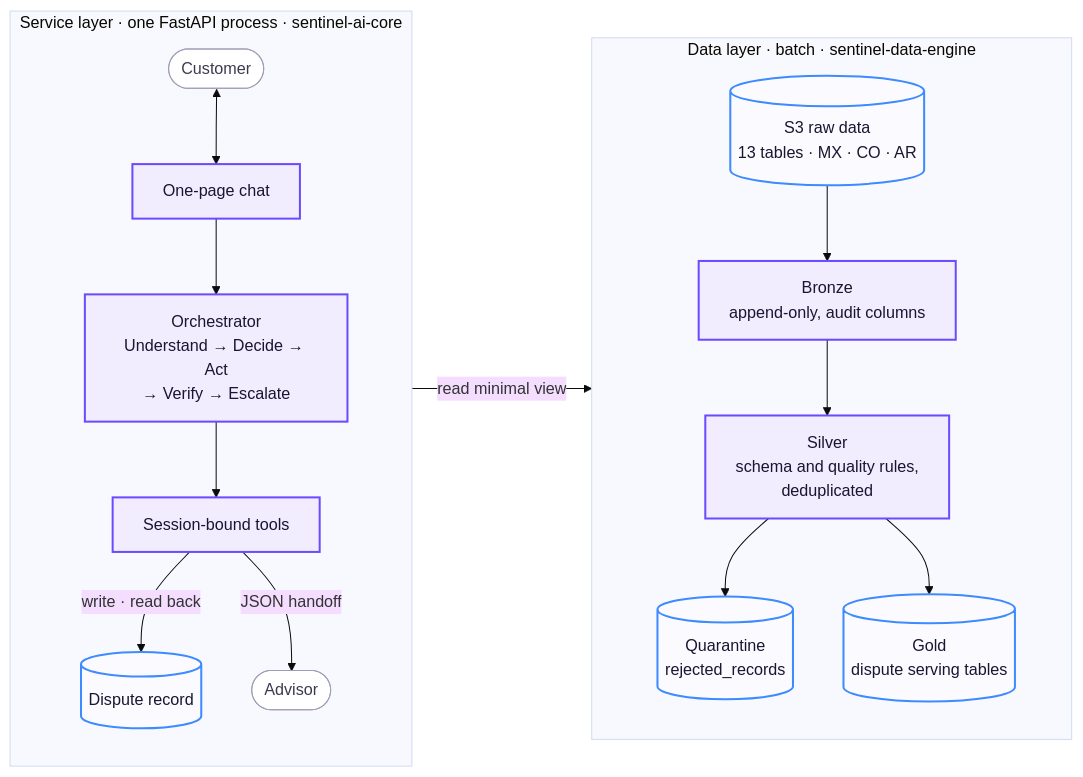
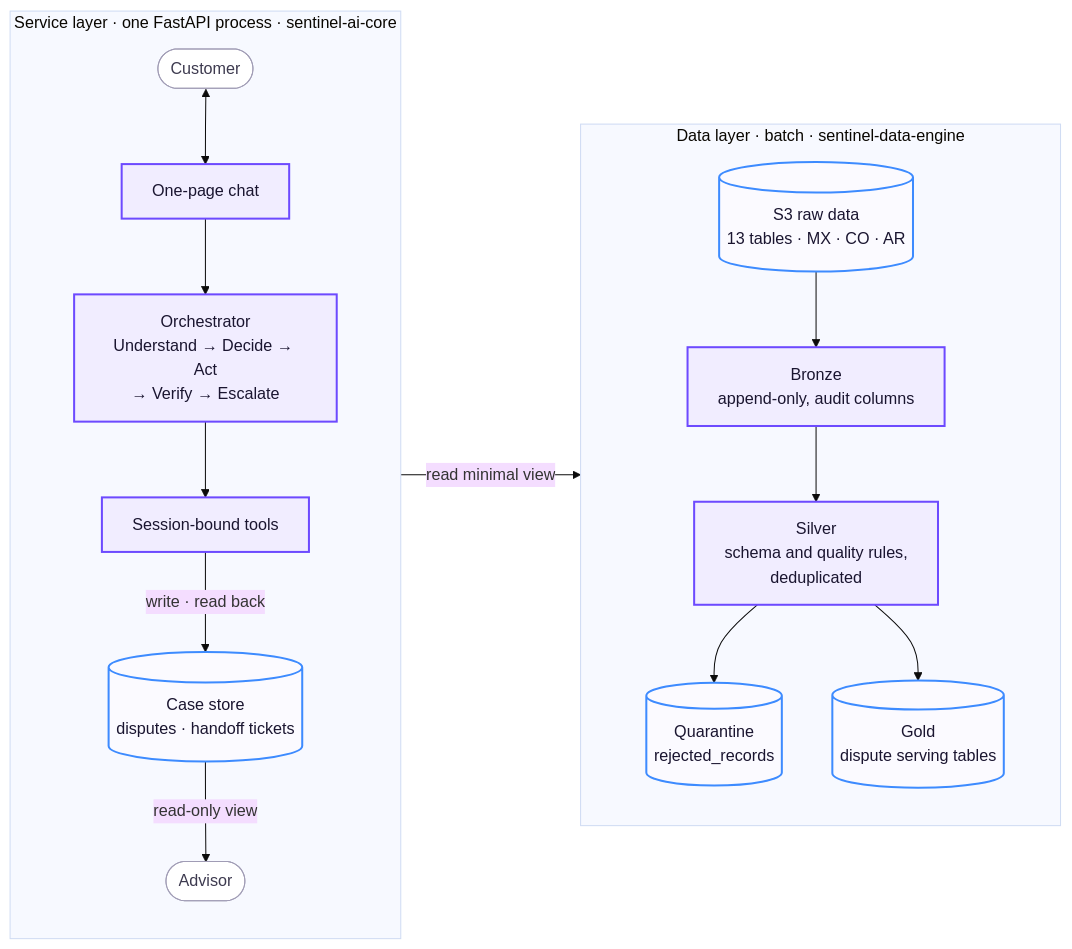
The first of 5 diagrams in docs/architecture/system-architecture.md (rdorta27/factored-hackathon-2026-sentinel-engine), drawn with Mermaid (base theme) before and after one commit. The commit also changed other lines of this file and 8 other files, not shown here.

First line of the commit message:
docs: refresh requirement status, architecture, readme and team tasks

````diff
--- a/docs/architecture/system-architecture.md
+++ b/docs/architecture/system-architecture.md
@@ -13,26 +13,26 @@
 ```mermaid
 flowchart LR
     subgraph dataL["Data layer · batch · sentinel-data-engine"]
         direction TB
         s3[("S3 raw data<br/>13 tables · MX · CO · AR")] --> bronze["Bronze<br/>append-only, audit columns"]
         bronze --> silver["Silver<br/>schema and quality rules,<br/>deduplicated"]
         silver --> quarantine[("Quarantine<br/>rejected_records")]
         silver --> gold[("Gold<br/>dispute serving tables")]
     end
     subgraph service["Service layer · one FastAPI process · sentinel-ai-core"]
         direction TB
         client(["Customer"]) <--> chat["One-page chat"]
         chat --> orch["Orchestrator<br/>Understand → Decide → Act<br/>→ Verify → Escalate"]
         orch --> tools["Session-bound tools"]
-        tools -- "write · read back" --> disputes[("Dispute record")]
-        tools -- "JSON handoff" --> advisor(["Advisor"])
+        tools -- "write · read back" --> disputes[("Case store<br/>disputes · handoff tickets")]
+        disputes -- "read-only view" --> advisor(["Advisor"])
     end
     tools -- "read minimal view" --> gold
 
     classDef comp fill:#f1edff,stroke:#6d4aff,stroke-width:2px,color:#1a1530
     classDef store fill:#fbfaff,stroke:#3d8bff,stroke-width:2px,color:#1a1530
     classDef ext fill:#ffffff,stroke:#a09cb5,stroke-width:1px,color:#3d3a4f
     class bronze,silver,chat,orch,tools comp
     class s3,quarantine,gold,disputes store
     class client,advisor ext
 ```
````
